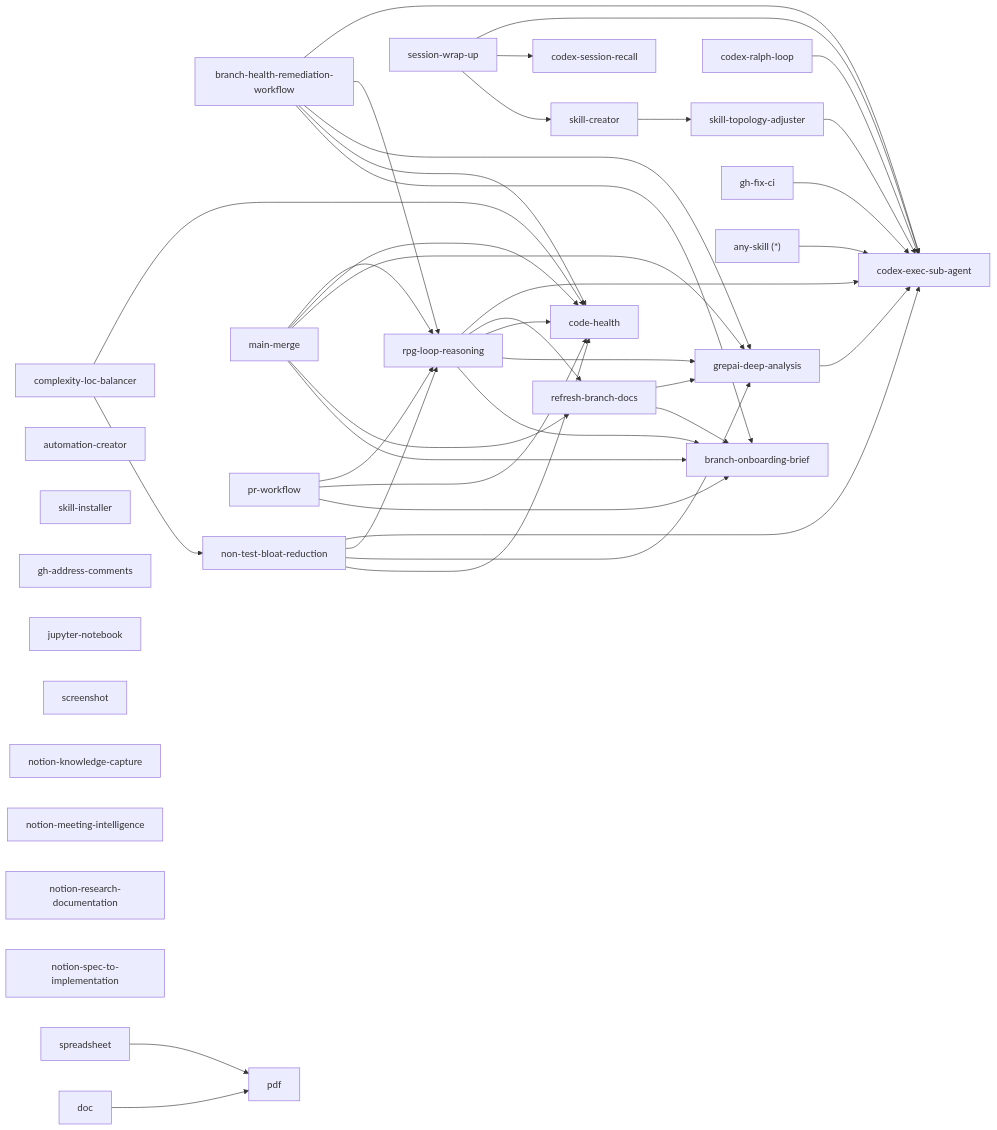
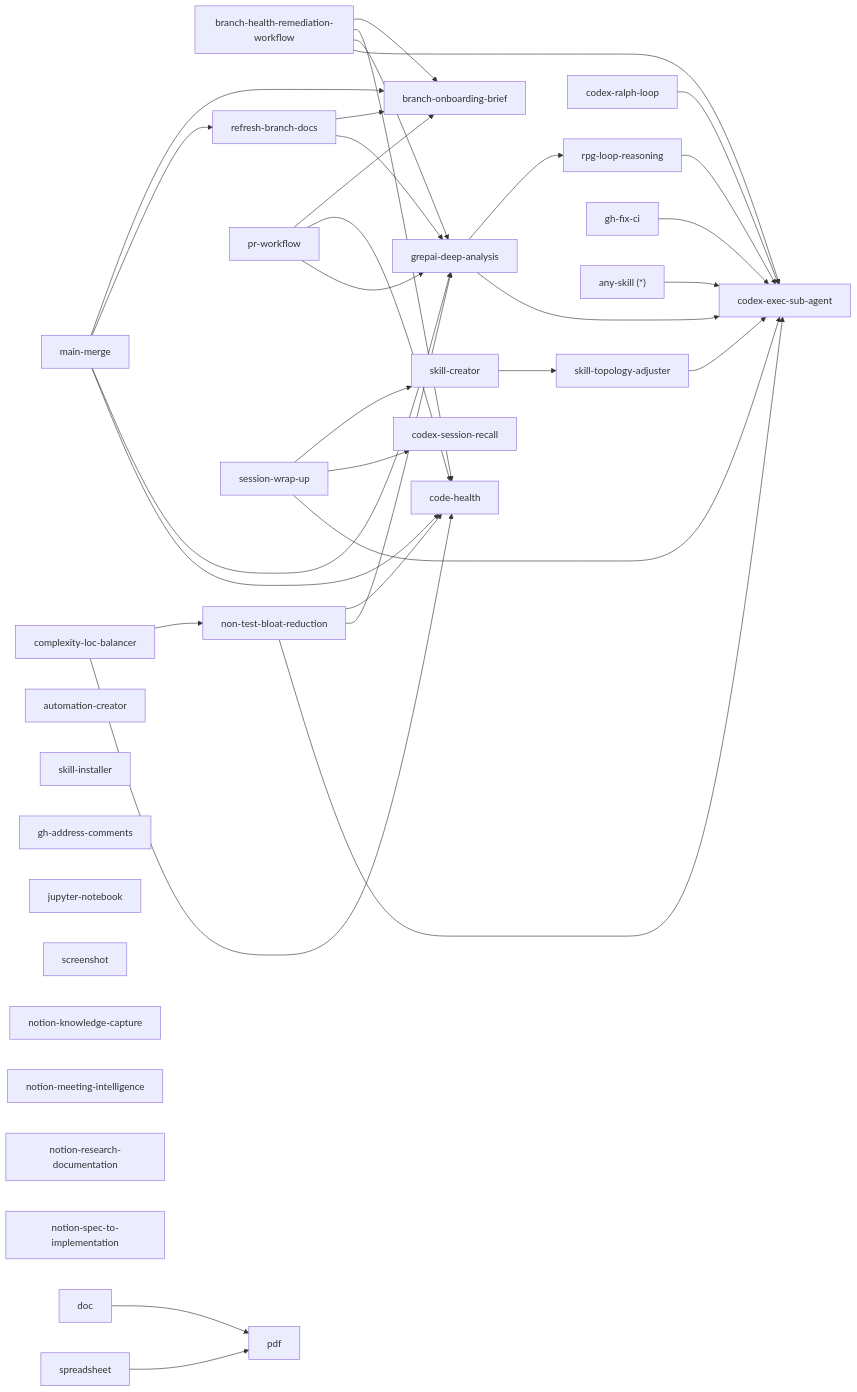
Before and after one commit to tinker495/codex-assets: the first of 2 diagrams in skills/skill-topology-adjuster/references/skill_topology.md, drawn with Mermaid. The commit also changed other lines of this file and 3 other files, not shown here.

````diff
--- a/skills/skill-topology-adjuster/references/skill_topology.md
+++ b/skills/skill-topology-adjuster/references/skill_topology.md
@@ -98,63 +98,57 @@
 ```mermaid
 flowchart LR
   BHRW["branch-health-remediation-workflow"] --> BOB["branch-onboarding-brief"]
   BHRW --> CH["code-health"]
   BHRW --> GDA["grepai-deep-analysis"]
-  BHRW --> RLR["rpg-loop-reasoning"]
 
   NTBR["non-test-bloat-reduction"] --> CH
   NTBR --> GDA
-  NTBR --> RLR
 
   CLB["complexity-loc-balancer"] --> NTBR
   CLB --> CH
 
   MM["main-merge"] --> BOB
   MM --> RBD["refresh-branch-docs"]
   MM --> GDA
   MM --> CH
-  MM --> RLR
 
   RBD --> BOB
   RBD --> GDA
 
-  RLR["rpg-loop-reasoning"] --> BOB
-  RLR --> GDA
-  RLR --> CH
-  RLR --> RBD
+  GDA --> RLR["rpg-loop-reasoning"]
 
   PR["pr-workflow"] --> BOB
   PR --> CH
-  PR --> RLR
+  PR --> GDA
 
   CRL["codex-ralph-loop"]
 
   SWU["session-wrap-up"] --> SC["skill-creator"]
   SWU --> CSR["codex-session-recall"]
 
   SC --> STA["skill-topology-adjuster"]
 
   AC["automation-creator"]
   SI["skill-installer"]
   GHF["gh-fix-ci"]
   GHC["gh-address-comments"]
   JNB["jupyter-notebook"]
   SHOT["screenshot"]
   NKC["notion-knowledge-capture"]
   NMI["notion-meeting-intelligence"]
   NRD["notion-research-documentation"]
   NSI["notion-spec-to-implementation"]
 
   DOC["doc"] --> PDF["pdf"]
   SS["spreadsheet"] --> PDF
   ANY["any-skill (*)"] --> CESA["codex-exec-sub-agent"]
 
   GDA --> CESA
   BHRW --> CESA
   NTBR --> CESA
   RLR --> CESA
   STA --> CESA
   CRL --> CESA
   SWU --> CESA
   GHF --> CESA
 ```
````
